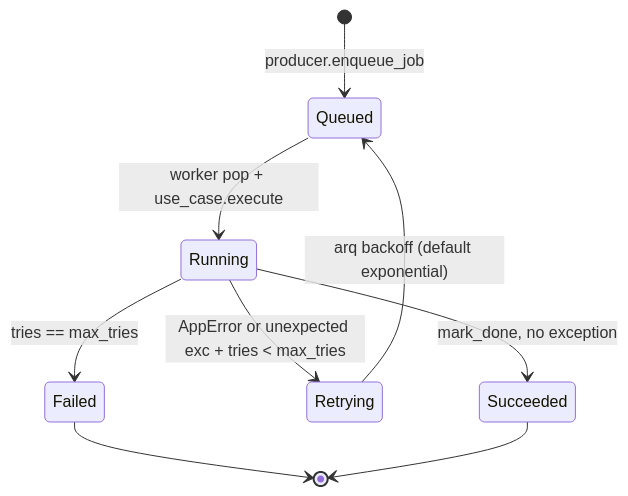
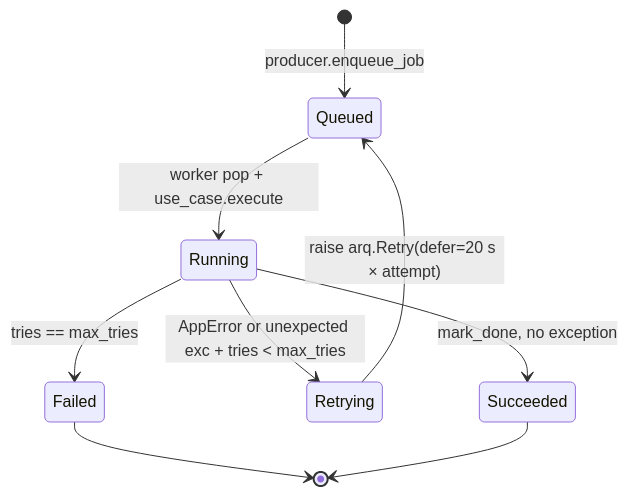
The second of 5 diagrams in docs/09-queue-and-workers.md (ariestop/DWTGBot), drawn with Mermaid before and after one commit. The commit also changed other lines of this file and 8 other files, not shown here.

````diff
--- a/docs/09-queue-and-workers.md
+++ b/docs/09-queue-and-workers.md
@@ -133,11 +133,11 @@
 ```mermaid
 stateDiagram-v2
     [*] --> Queued: producer.enqueue_job
     Queued --> Running: worker pop + use_case.execute
     Running --> Succeeded: mark_done, no exception
     Running --> Retrying: AppError or unexpected exc + tries < max_tries
-    Retrying --> Queued: arq backoff (default exponential)
+    Retrying --> Queued: raise arq.Retry(defer=20 s × attempt)
     Running --> Failed: tries == max_tries
     Failed --> [*]
     Succeeded --> [*]
 ```
````
